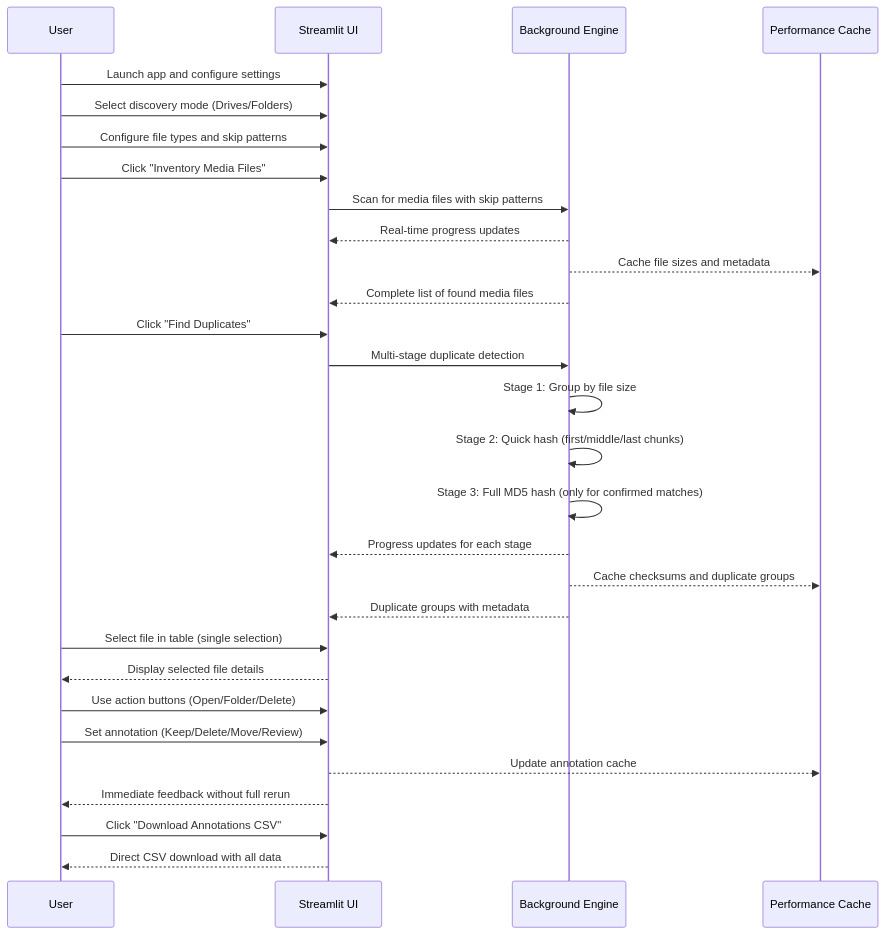
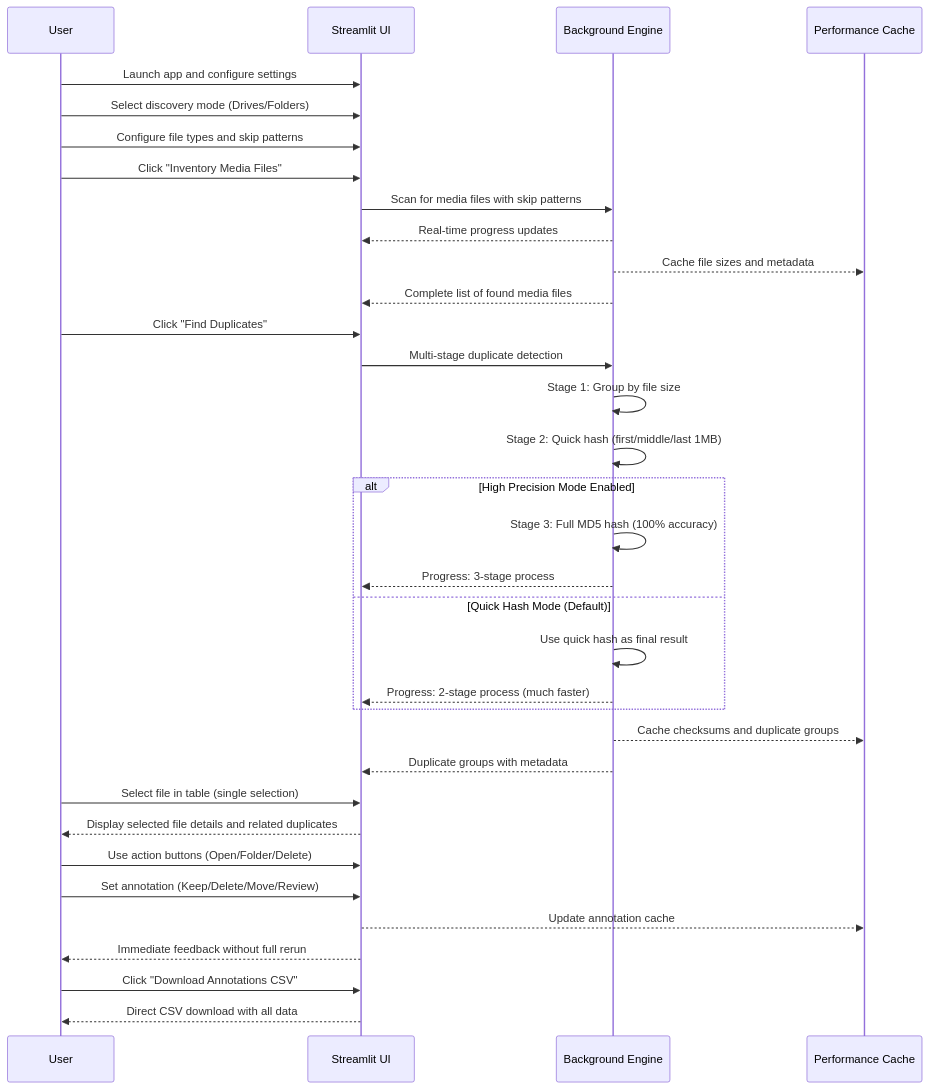
The diagram in README.md (dstaulcu/duplicate_media_finder), drawn with Mermaid before and after one commit. The commit also changed other lines of this file and 2 other files, not shown here.

Commit message:
made full md5 scan optional and added ability to pause/resume

````diff
--- a/README.md
+++ b/README.md
@@ -133,35 +152,42 @@
 ```mermaid
 sequenceDiagram
     participant User
     participant UI as Streamlit UI
     participant Engine as Background Engine
     participant Cache as Performance Cache
     
     User->>UI: Launch app and configure settings
     User->>UI: Select discovery mode (Drives/Folders)
     User->>UI: Configure file types and skip patterns
     User->>UI: Click "Inventory Media Files"
     UI->>Engine: Scan for media files with skip patterns
     Engine-->>UI: Real-time progress updates
     Engine-->>Cache: Cache file sizes and metadata
     Engine-->>UI: Complete list of found media files
     
     User->>UI: Click "Find Duplicates"
     UI->>Engine: Multi-stage duplicate detection
     Engine->>Engine: Stage 1: Group by file size
-    Engine->>Engine: Stage 2: Quick hash (first/middle/last chunks)
-    Engine->>Engine: Stage 3: Full MD5 hash (only for confirmed matches)
-    Engine-->>UI: Progress updates for each stage
+    Engine->>Engine: Stage 2: Quick hash (first/middle/last 1MB)
+    
+    alt High Precision Mode Enabled
+        Engine->>Engine: Stage 3: Full MD5 hash (100% accuracy)
+        Engine-->>UI: Progress: 3-stage process
+    else Quick Hash Mode (Default)
+        Engine->>Engine: Use quick hash as final result
+        Engine-->>UI: Progress: 2-stage process (much faster)
+    end
+    
     Engine-->>Cache: Cache checksums and duplicate groups
     Engine-->>UI: Duplicate groups with metadata
     
     User->>UI: Select file in table (single selection)
-    UI-->>User: Display selected file details
+    UI-->>User: Display selected file details and related duplicates
     User->>UI: Use action buttons (Open/Folder/Delete)
     User->>UI: Set annotation (Keep/Delete/Move/Review)
     UI-->>Cache: Update annotation cache
     UI-->>User: Immediate feedback without full rerun
     
     User->>UI: Click "Download Annotations CSV"
     UI-->>User: Direct CSV download with all data
 ```
````
